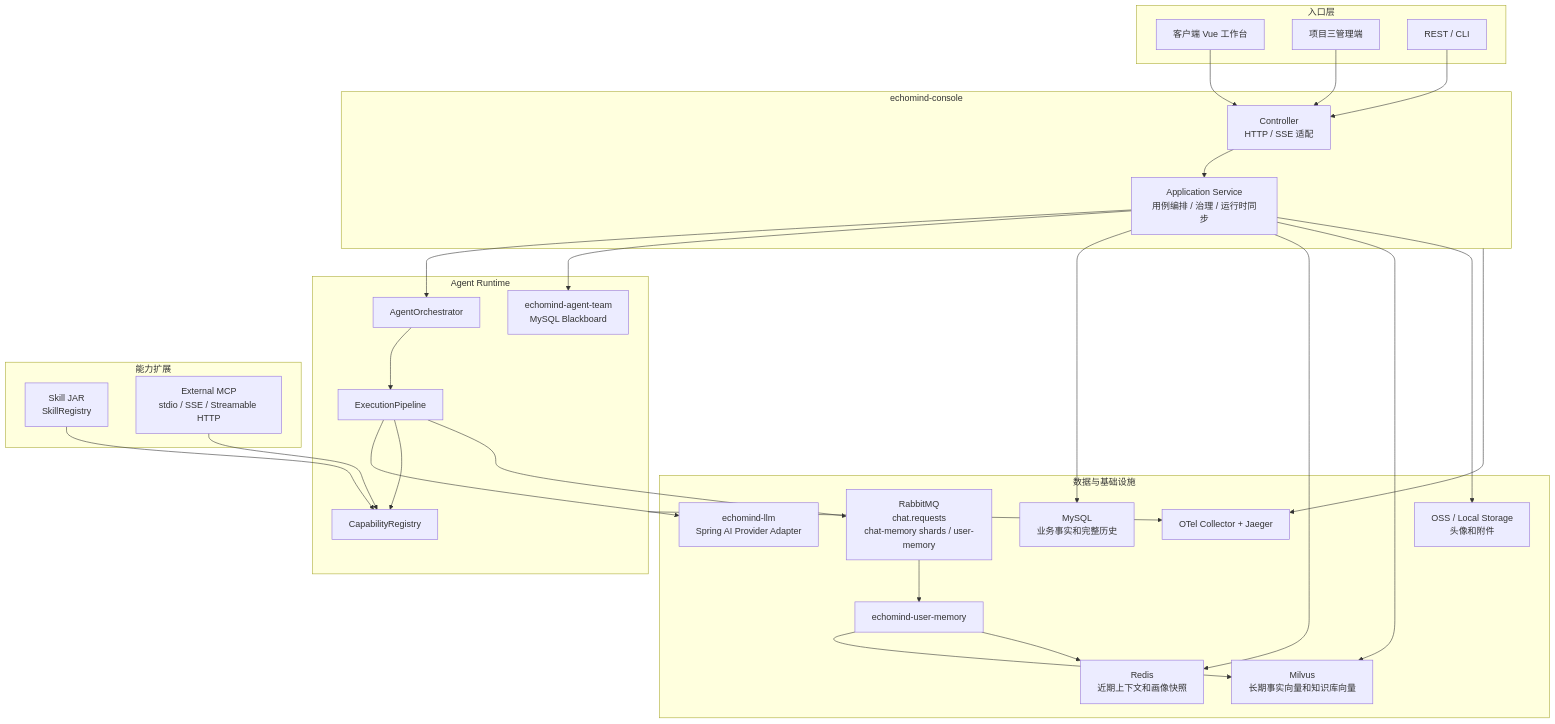
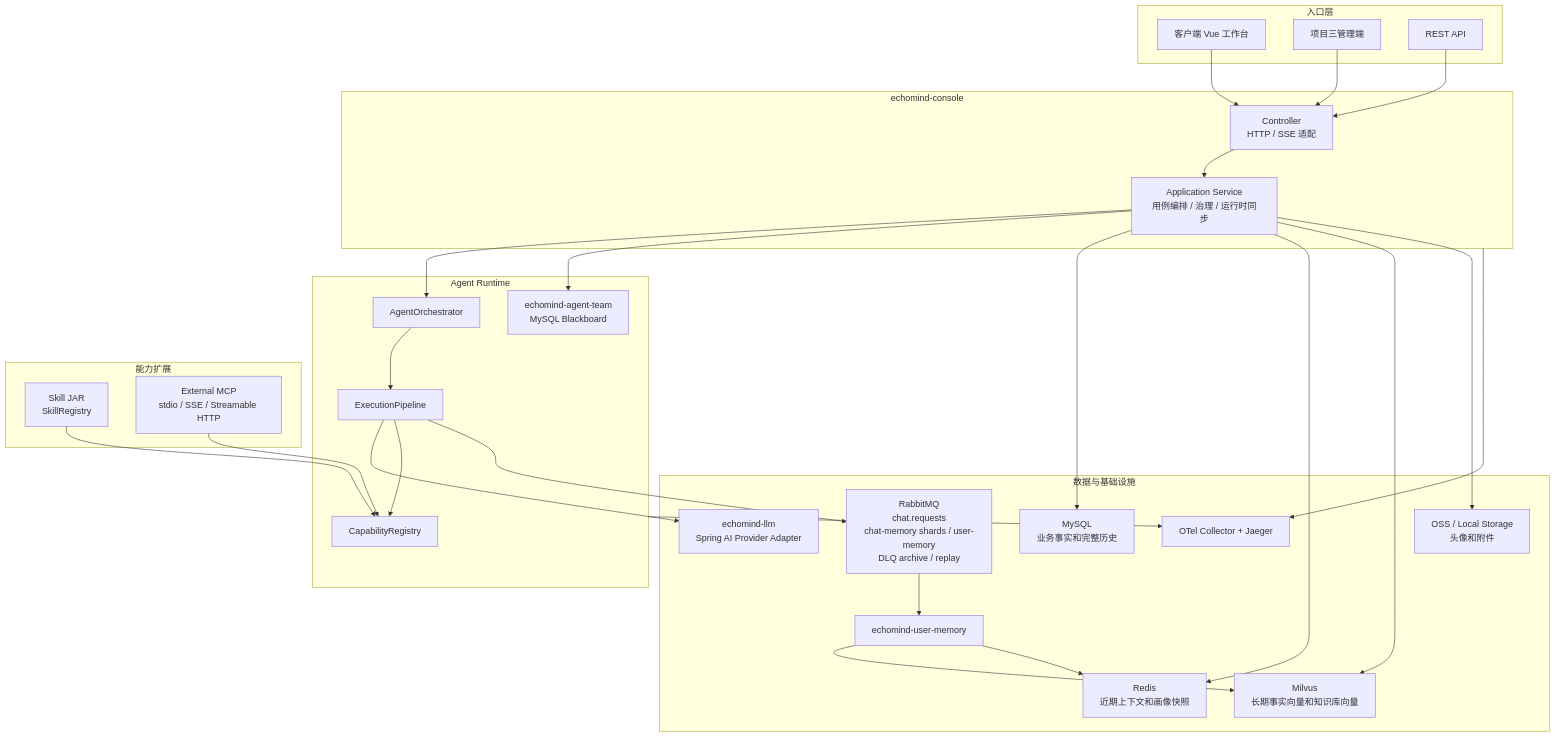
The diagram in docs/harness/AGENTS.md (kaiyue-ai/EchoMind), drawn with Mermaid before and after one commit. The commit also changed other lines of this file and 118 other files, not shown here.

Commit message:
feat: harden queued chat governance and user isolation

````diff
--- a/docs/harness/AGENTS.md
+++ b/docs/harness/AGENTS.md
@@ -22,58 +22,58 @@
 ```mermaid
 flowchart TB
     subgraph Entry["入口层"]
         Client["客户端 Vue 工作台"]
         Admin["项目三管理端"]
-        API["REST / CLI"]
+        API["REST API"]
     end
 
     subgraph Console["echomind-console"]
         Controller["Controller<br/>HTTP / SSE 适配"]
         Service["Application Service<br/>用例编排 / 治理 / 运行时同步"]
     end
 
     subgraph AgentRuntime["Agent Runtime"]
         Orchestrator["AgentOrchestrator"]
         Pipeline["ExecutionPipeline"]
         Capability["CapabilityRegistry"]
         Team["echomind-agent-team<br/>MySQL Blackboard"]
     end
 
     subgraph Extension["能力扩展"]
         Skills["Skill JAR<br/>SkillRegistry"]
         ExternalMcp["External MCP<br/>stdio / SSE / Streamable HTTP"]
     end
 
     subgraph DataAndInfra["数据与基础设施"]
         LLM["echomind-llm<br/>Spring AI Provider Adapter"]
         MySQL["MySQL<br/>业务事实和完整历史"]
         Redis["Redis<br/>近期上下文和画像快照"]
         Milvus["Milvus<br/>长期事实向量和知识库向量"]
-        Rabbit["RabbitMQ<br/>chat.requests<br/>chat-memory shards / user-memory"]
+        Rabbit["RabbitMQ<br/>chat.requests<br/>chat-memory shards / user-memory<br/>DLQ archive / replay"]
         ObjectStore["OSS / Local Storage<br/>头像和附件"]
         Observability["OTel Collector + Jaeger"]
         UserMemory["echomind-user-memory"]
     end
 
     Client --> Controller
     Admin --> Controller
     API --> Controller
     Controller --> Service
     Service --> Orchestrator
     Service --> Team
     Orchestrator --> Pipeline
     Pipeline --> LLM
     Pipeline --> Capability
     Skills --> Capability
     ExternalMcp --> Capability
     Pipeline --> Rabbit
     Rabbit --> UserMemory
     UserMemory --> Milvus
     UserMemory --> Redis
     Service --> MySQL
     Service --> Redis
     Service --> Milvus
     Service --> ObjectStore
     Console --> Observability
     AgentRuntime --> Observability
 ```
````
